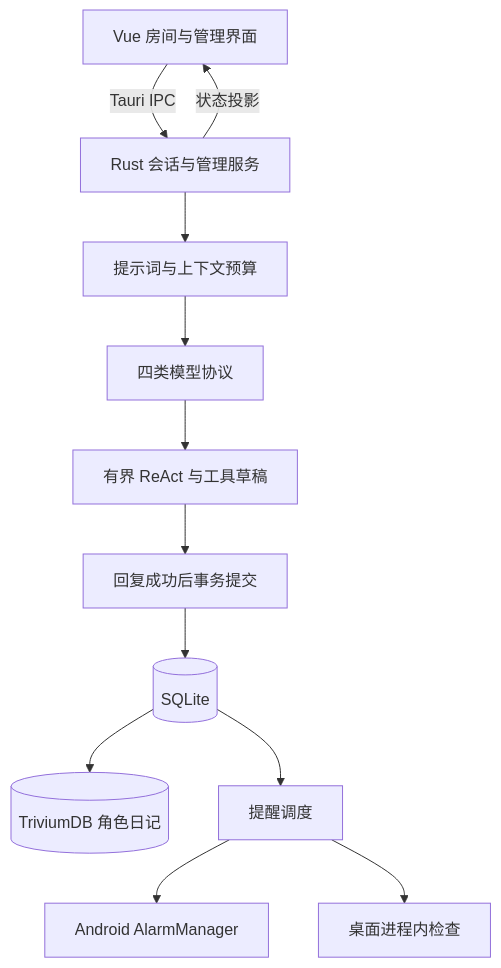
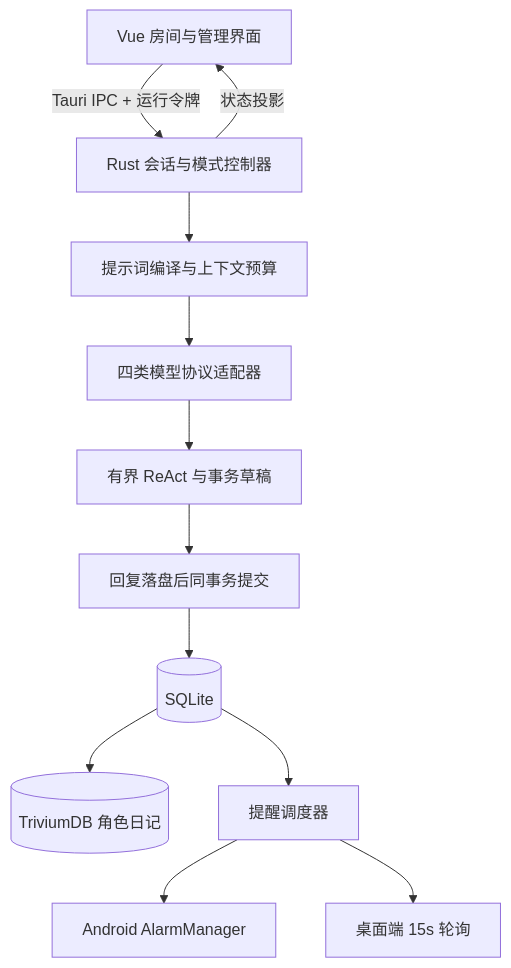
Before and after one commit to YoKONCy/Peroperochat: the diagram in README.md, drawn with Mermaid. The commit also changed other lines of this file and 84 other files, not shown here.

````diff
--- a/README.md
+++ b/README.md
@@ -194,14 +183,14 @@
 ```mermaid
 flowchart TD
-    UI[Vue 房间与管理界面] -->|Tauri IPC| Rust[Rust 会话与管理服务]
-    Rust --> Prompt[提示词与上下文预算]
-    Prompt --> Model[四类模型协议]
-    Model --> Tools[有界 ReAct 与工具草稿]
-    Tools --> Commit[回复成功后事务提交]
+    UI[Vue 房间与管理界面] -->|Tauri IPC + 运行令牌| Rust[Rust 会话与模式控制器]
+    Rust --> Prompt[提示词编译与上下文预算]
+    Prompt --> Model[四类模型协议适配器]
+    Model --> Tools[有界 ReAct 与事务草稿]
+    Tools --> Commit[回复落盘后同事务提交]
     Commit --> SQLite[(SQLite)]
     SQLite --> Diary[(TriviumDB 角色日记)]
-    SQLite --> Dispatch[提醒调度]
+    SQLite --> Dispatch[提醒调度器]
     Dispatch --> Android[Android AlarmManager]
-    Dispatch --> Desktop[桌面进程内检查]
+    Dispatch --> Desktop[桌面端 15s 轮询]
     Rust -->|状态投影| UI
 ```
````
